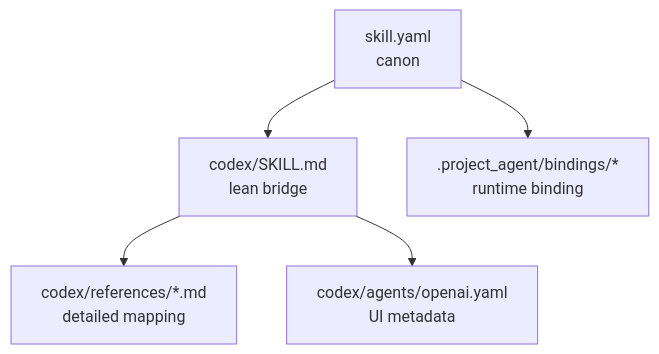
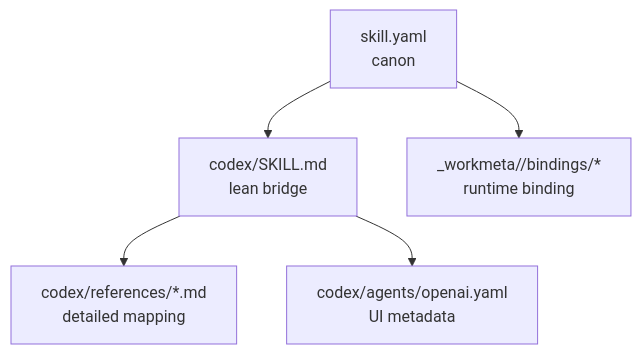
One commit to SungYongMOON/soulforge changed the diagram in .registry/docs/architecture/SKILL_CANON_BOUNDARY.md. Above: the diagram before and after it, drawn with Mermaid. The commit also changed other lines of this file and 111 other files, not shown here.

````diff
--- a/.registry/docs/architecture/SKILL_CANON_BOUNDARY.md
+++ b/.registry/docs/architecture/SKILL_CANON_BOUNDARY.md
@@ -14,7 +14,7 @@
 ```mermaid
 flowchart TD
   SK["skill.yaml<br/>canon"] --> CD["codex/SKILL.md<br/>lean bridge"]
   CD --> RF["codex/references/*.md<br/>detailed mapping"]
   CD --> UI["codex/agents/openai.yaml<br/>UI metadata"]
-  SK --> RT[".project_agent/bindings/*<br/>runtime binding"]
+  SK --> RT["_workmeta/<project_code>/bindings/*<br/>runtime binding"]
 ```
````
